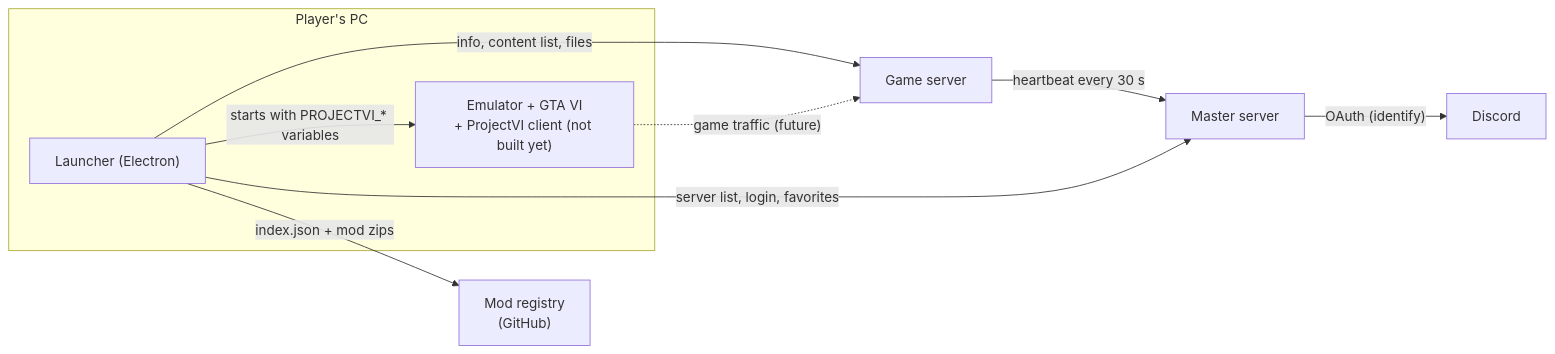
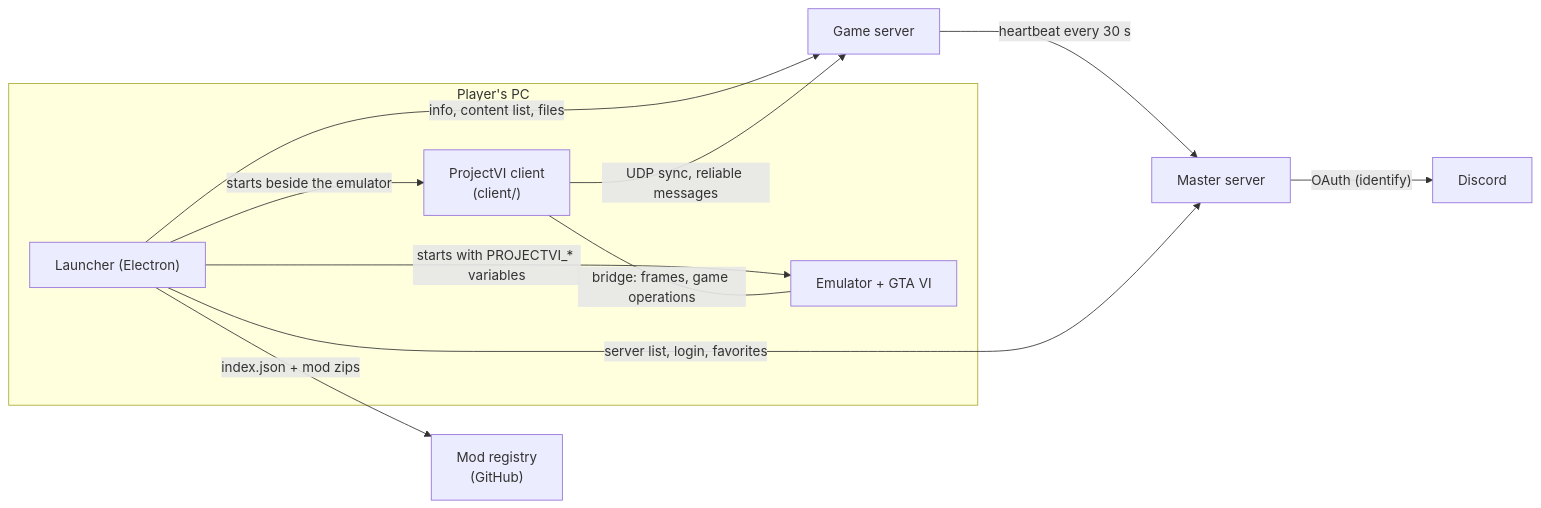
One commit to Tronkster/ProjectVI changed the diagram in docs/architecture.md. Above: the diagram before and after it, drawn with Mermaid. The commit also changed 17 other files, not shown here.

First line of the commit message:
Game client as a program beside the emulator, talking to it over VIctory's bridge

````diff
--- a/docs/architecture.md
+++ b/docs/architecture.md
@@ -3,19 +3,22 @@
 ```mermaid
 flowchart LR
   subgraph PC["Player's PC"]
     L["Launcher (Electron)"]
-    E["Emulator + GTA VI<br/>+ ProjectVI client (not built yet)"]
+    E["Emulator + GTA VI"]
+    C["ProjectVI client<br/>(client/)"]
   end
   M["Master server"]
   G["Game server"]
   R["Mod registry<br/>(GitHub)"]
   D["Discord"]
 
   G -- "heartbeat every 30 s" --> M
   L -- "server list, login, favorites" --> M
   M -- "OAuth (identify)" --> D
   L -- "info, content list, files" --> G
   L -- "index.json + mod zips" --> R
   L -- "starts with PROJECTVI_* variables" --> E
-  E -. "game traffic (future)" .-> G
+  L -- "starts beside the emulator" --> C
+  C -- "bridge: frames, game operations" --- E
+  C -- "UDP sync, reliable messages" --> G
 ```
````
